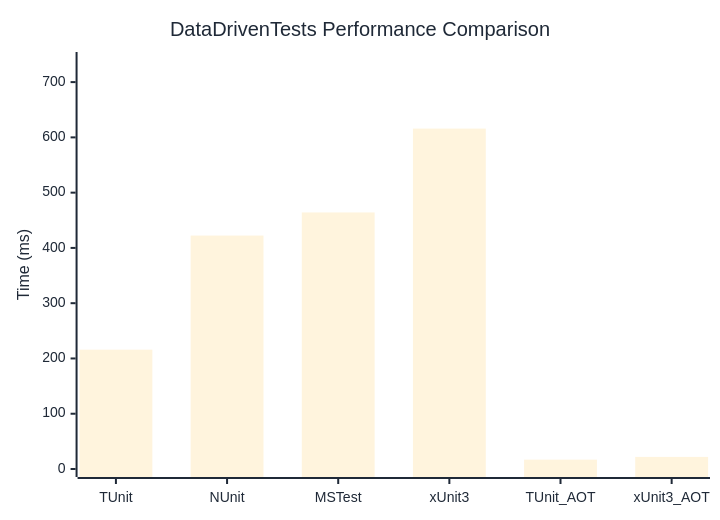
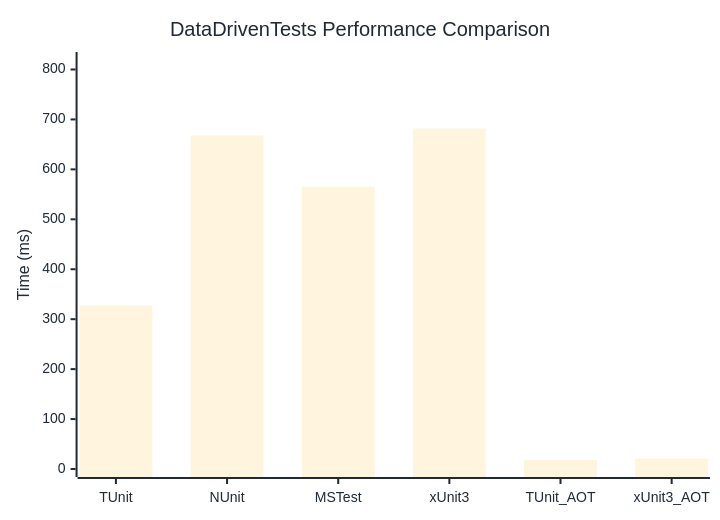
One commit to thomhurst/TUnit changed the diagram in docs/docs/benchmarks/engine/DataDrivenTests.md. Above: the diagram before and after it, drawn with Mermaid. The commit also changed other lines of this file and 18 other files, not shown here.

````diff
--- a/docs/docs/benchmarks/engine/DataDrivenTests.md
+++ b/docs/docs/benchmarks/engine/DataDrivenTests.md
@@ -30,37 +30,37 @@
 ```mermaid
 %%{init: {
   'theme':'base',
   'themeVariables': {
     'primaryColor': '#2563eb',
     'primaryTextColor': '#1f2937',
     'primaryBorderColor': '#1e40af',
     'lineColor': '#6b7280',
     'secondaryColor': '#7c3aed',
     'tertiaryColor': '#dc2626',
     'background': '#ffffff',
     'mainBkg': '#2563eb',
     'secondBkg': '#7c3aed',
     'tertiaryBkg': '#dc2626',
     'clusterBkg': '#f3f4f6',
     'edgeLabelBackground': '#ffffff',
     'tertiaryTextColor': '#1f2937',
     'pie1': '#2563eb',
     'pie2': '#7c3aed',
     'pie3': '#dc2626',
     'pie4': '#f59e0b',
     'pie5': '#10b981',
     'pie6': '#06b6d4',
     'pie7': '#ec4899',
     'pie8': '#6366f1',
     'pie9': '#84cc16',
     'pie10': '#f97316',
     'pie11': '#14b8a6',
     'pie12': '#a855f7'
   }
 }}%%
 xychart-beta
   title "DataDrivenTests Performance Comparison"
   x-axis ["TUnit", "NUnit", "MSTest", "xUnit3", "TUnit_AOT", "xUnit3_AOT"]
-  y-axis "Time (ms)" 0 --> 740
-  bar [215.91, 422.34, 464.19, 615.9, 16.94, 21.91]
+  y-axis "Time (ms)" 0 --> 819
+  bar [327.27, 667.98, 565.09, 681.76, 18.28, 20.54]
 ```
````
